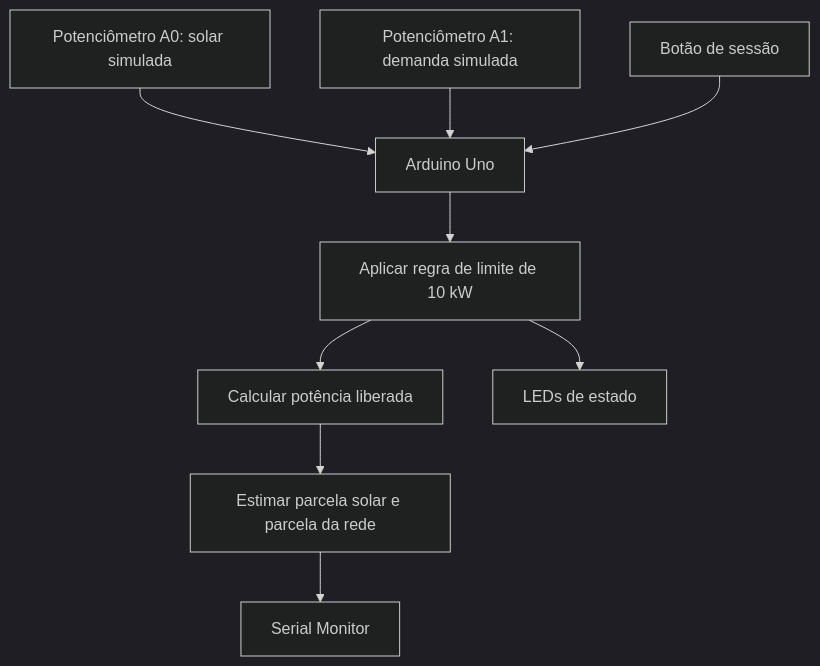
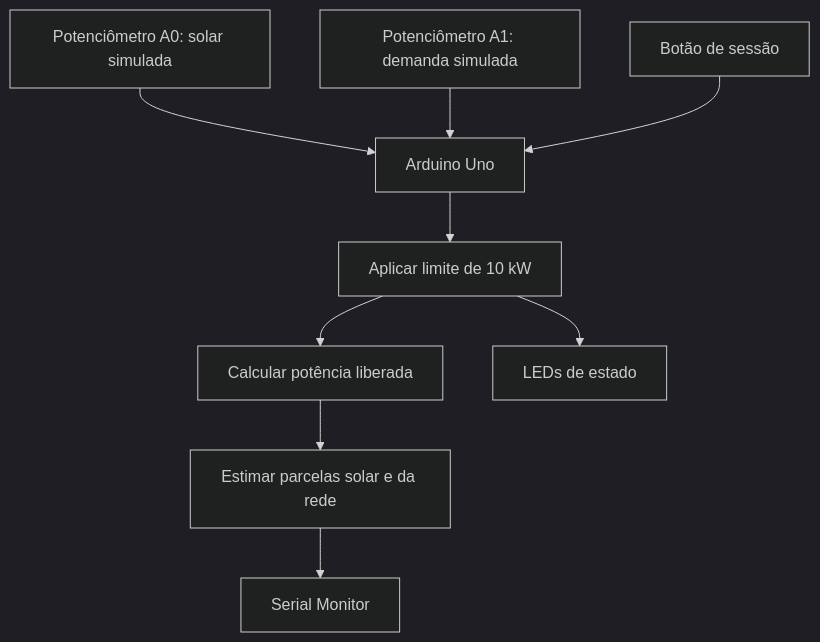
Before and after one commit to jucalemos/sprint_04_gurgel: the second of 3 diagrams in DIAGRAMAS.md, drawn with Mermaid (dark theme). The commit also changed other lines of this file, not shown here.

Commit message:
Manter diagramas unicos e mover galeria para arquivo proprio

````diff
--- a/DIAGRAMAS.md
+++ b/DIAGRAMAS.md
@@ -23,11 +23,11 @@
 ```mermaid
 flowchart TD
     A[Potenciômetro A0: solar simulada] --> C[Arduino Uno]
     B[Potenciômetro A1: demanda simulada] --> C
     D[Botão de sessão] --> C
-    C --> E[Aplicar regra de limite de 10 kW]
+    C --> E[Aplicar limite de 10 kW]
     E --> F[Calcular potência liberada]
-    F --> G[Estimar parcela solar e parcela da rede]
+    F --> G[Estimar parcelas solar e da rede]
     G --> H[Serial Monitor]
     E --> I[LEDs de estado]
 ```
````
